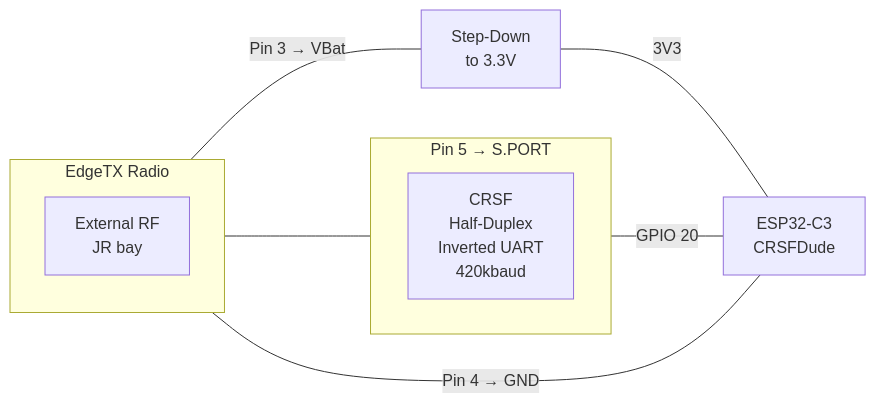
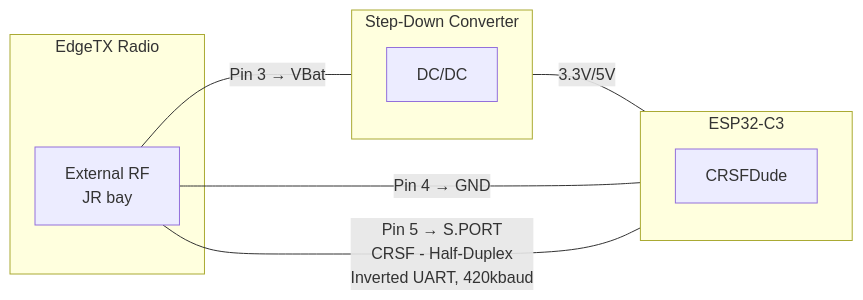
Before and after one commit to rngtng/CRSFDude: the diagram in README.md, drawn with Mermaid. The commit also changed other lines of this file, not shown here.

````diff
--- a/README.md
+++ b/README.md
@@ -7,17 +41,18 @@
 ```mermaid
 graph LR
-    subgraph "EdgeTX Radio"
-        direction TB
-        Radio[External RF<br/>JR bay]
+    subgraph Radio [EdgeTX Radio]
+        BAY[External RF<br/>JR bay]
     end
 
-    Radio -- "Pin 3 → VBat" --- DC[Step-Down<br/>to 3.3V] -- "3V3" --- ESP[ESP32-C3<br/>CRSFDude]
-    Radio -- "Pin 4 → GND" --- ESP
-
-    subgraph "Pin 5 → S.PORT"
-        direction LR
-        HD[CRSF<br/>Half-Duplex<br/>Inverted UART<br/>420kbaud]
+    subgraph STEP[Step-Down Converter]
+        DC[DC/DC<br/>]
     end
 
-    Radio --- HD -- "GPIO 20" --- ESP
+    subgraph ESP [ESP32-C3]
+        CRSFDude
+    end
+
+    BAY -- "Pin 3 → VBat" --- STEP -- "3.3V/5V" --- ESP
+    BAY -- "Pin 4 → GND" --- ESP
+    BAY -- "Pin 5 → S.PORT<br/>CRSF - Half-Duplex<br/>Inverted UART, 420kbaud" --- ESP
 ```
````
